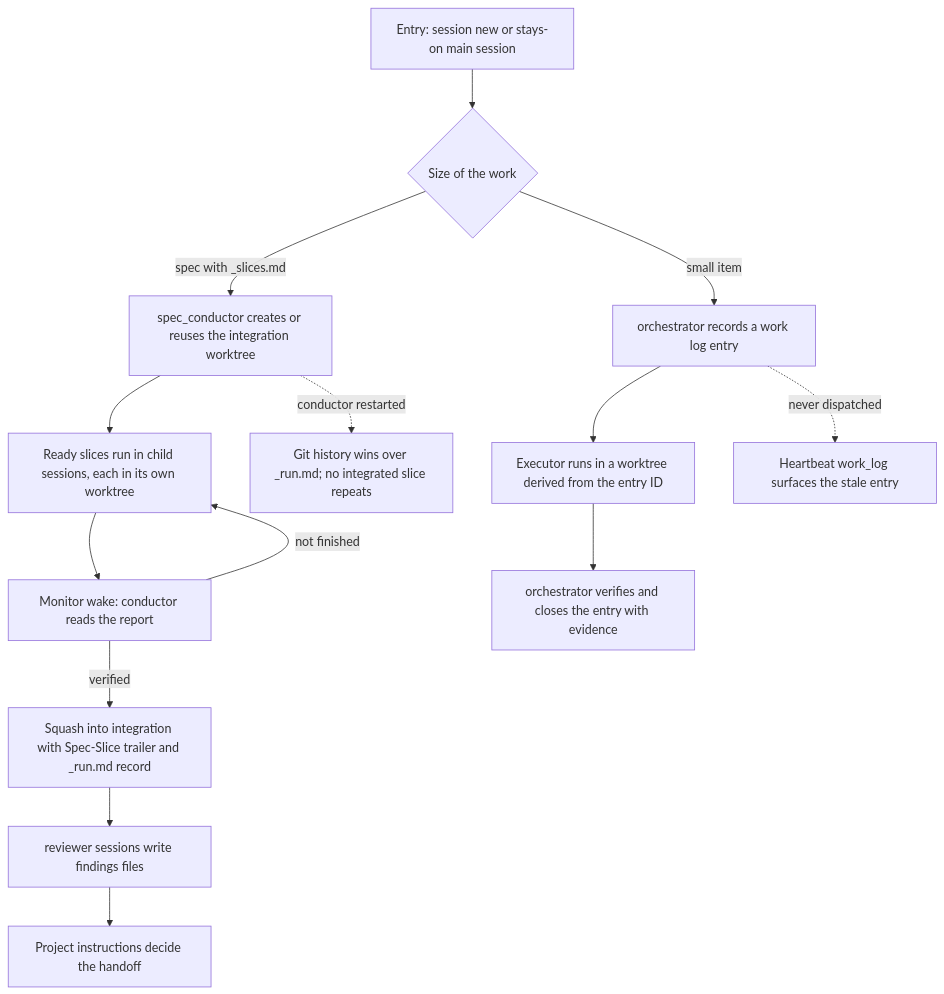
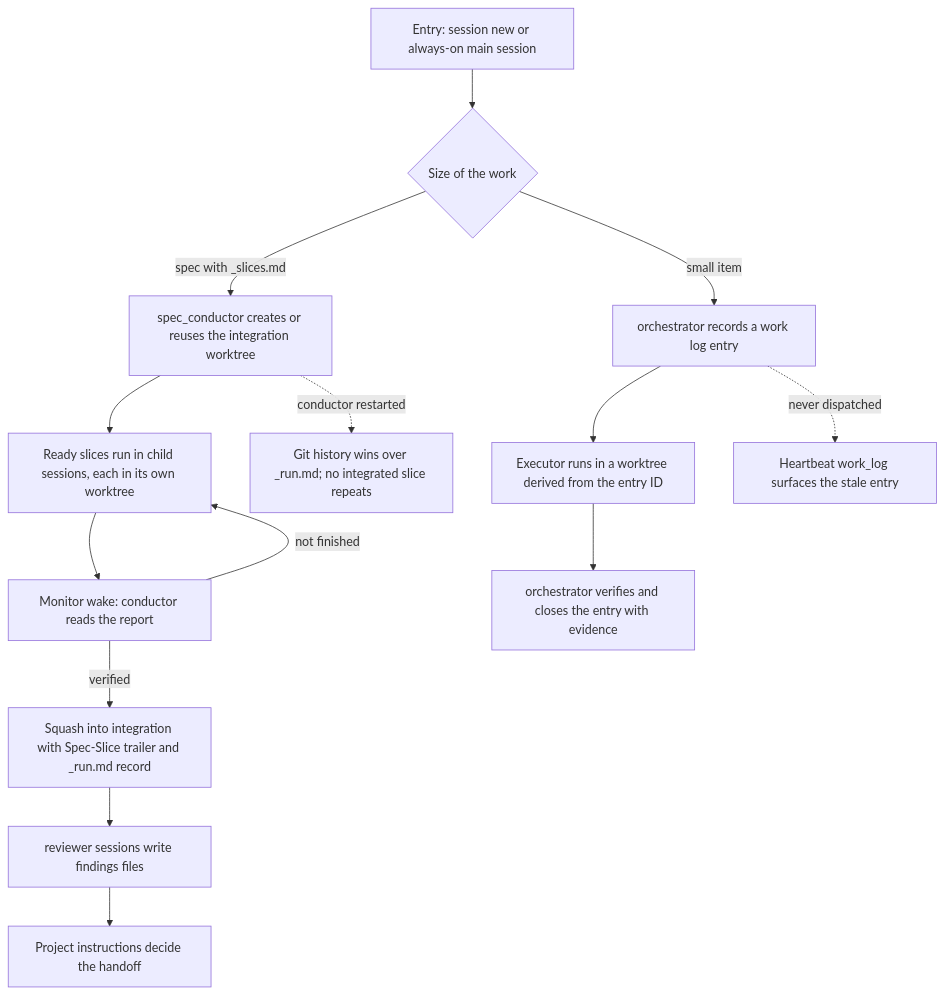
Before and after one commit to compozy/compozy: the diagram in docs/qa/journeys/J-deliver-through-agents.md, drawn with Mermaid. The commit also changed other lines of this file and 2 other files, not shown here.

Commit message:
docs: carry the always-on rename into the QA journey, charter and agent memory README
Addresses Opus 5.5 PR review round 1 R1-001. IDs and file names stay as
content-addressed history.

Spec-Slice: vocabulary-alignment/S3

````diff
--- a/docs/qa/journeys/J-deliver-through-agents.md
+++ b/docs/qa/journeys/J-deliver-through-agents.md
@@ -7,16 +7,16 @@
 ```mermaid
 flowchart TD
-    A[Entry: session new or stays-on main session] --> B{Size of the work}
+    A[Entry: session new or always-on main session] --> B{Size of the work}
     B -->|spec with _slices.md| C[spec_conductor creates or reuses the integration worktree]
     C --> D[Ready slices run in child sessions, each in its own worktree]
     D --> E[Monitor wake: conductor reads the report]
     E -->|not finished| D
     E -->|verified| F[Squash into integration with Spec-Slice trailer and _run.md record]
     F --> G[reviewer sessions write findings files]
     G --> H[Project instructions decide the handoff]
     B -->|small item| I[orchestrator records a work log entry]
     I --> J[Executor runs in a worktree derived from the entry ID]
     J --> K[orchestrator verifies and closes the entry with evidence]
     I -.->|never dispatched| L[Heartbeat work_log surfaces the stale entry]
     C -.->|conductor restarted| M[Git history wins over _run.md; no integrated slice repeats]
 ```
````
